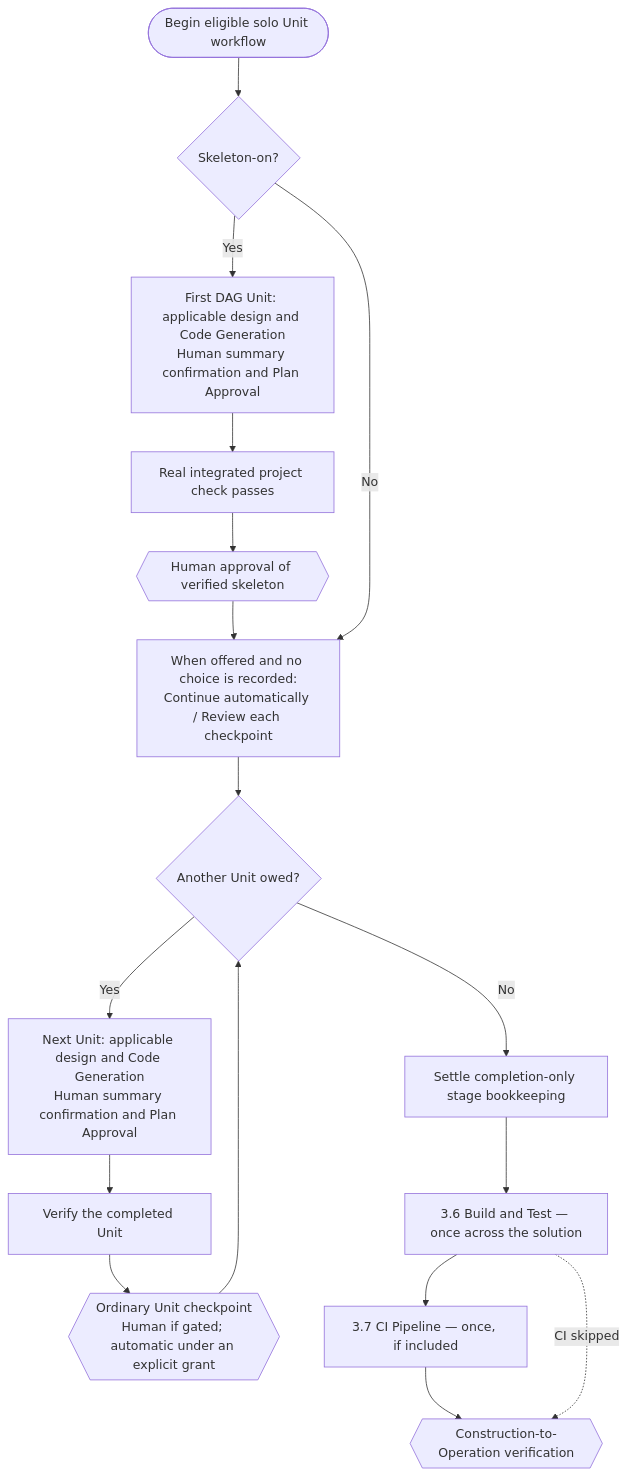
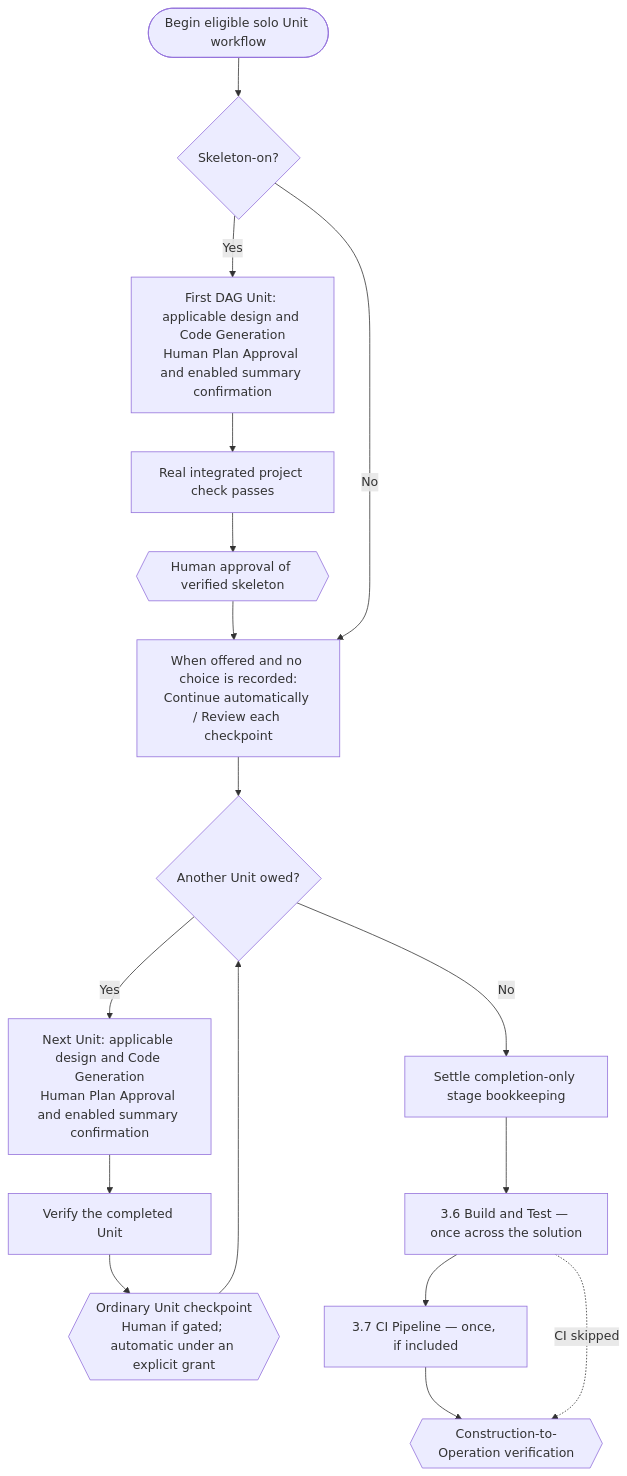
The fourth of 6 diagrams in docs/guide/04-phases-and-stages.md (awslabs/aidlc-workflows), drawn with Mermaid before and after one commit. The commit also changed other lines of this file and 19 other files, not shown here.

````diff
--- a/docs/guide/04-phases-and-stages.md
+++ b/docs/guide/04-phases-and-stages.md
@@ -252,25 +254,25 @@
 ```mermaid
 flowchart TD
     START(["Begin eligible solo Unit workflow"])
     STANCE{"Skeleton-on?"}
-    FIRST["First DAG Unit: applicable design and Code Generation<br/>Human summary confirmation and Plan Approval"]
+    FIRST["First DAG Unit: applicable design and Code Generation<br/>Human Plan Approval and enabled summary confirmation"]
     INTEGRATED["Real integrated project check passes"]
     SKELETON{{"Human approval of verified skeleton"}}
     OFFER["When offered and no choice is recorded:<br/>Continue automatically / Review each checkpoint"]
     MORE{"Another Unit owed?"}
-    UNIT["Next Unit: applicable design and Code Generation<br/>Human summary confirmation and Plan Approval"]
+    UNIT["Next Unit: applicable design and Code Generation<br/>Human Plan Approval and enabled summary confirmation"]
     VERIFY["Verify the completed Unit"]
     CHECKPOINT{{"Ordinary Unit checkpoint<br/>Human if gated; automatic under an explicit grant"}}
     BOOK["Settle completion-only stage bookkeeping"]
     S36["3.6 Build and Test — once across the solution"]
     S37["3.7 CI Pipeline — once, if included"]
     VG3{{"Construction-to-Operation verification"}}
     START --> STANCE
     STANCE -->|Yes| FIRST --> INTEGRATED --> SKELETON --> OFFER
     STANCE -->|No| OFFER
     OFFER --> MORE
     MORE -->|Yes| UNIT --> VERIFY --> CHECKPOINT --> MORE
     MORE -->|No| BOOK --> S36
     S36 --> S37 --> VG3
     S36 -.->|CI skipped| VG3
 ```
````
